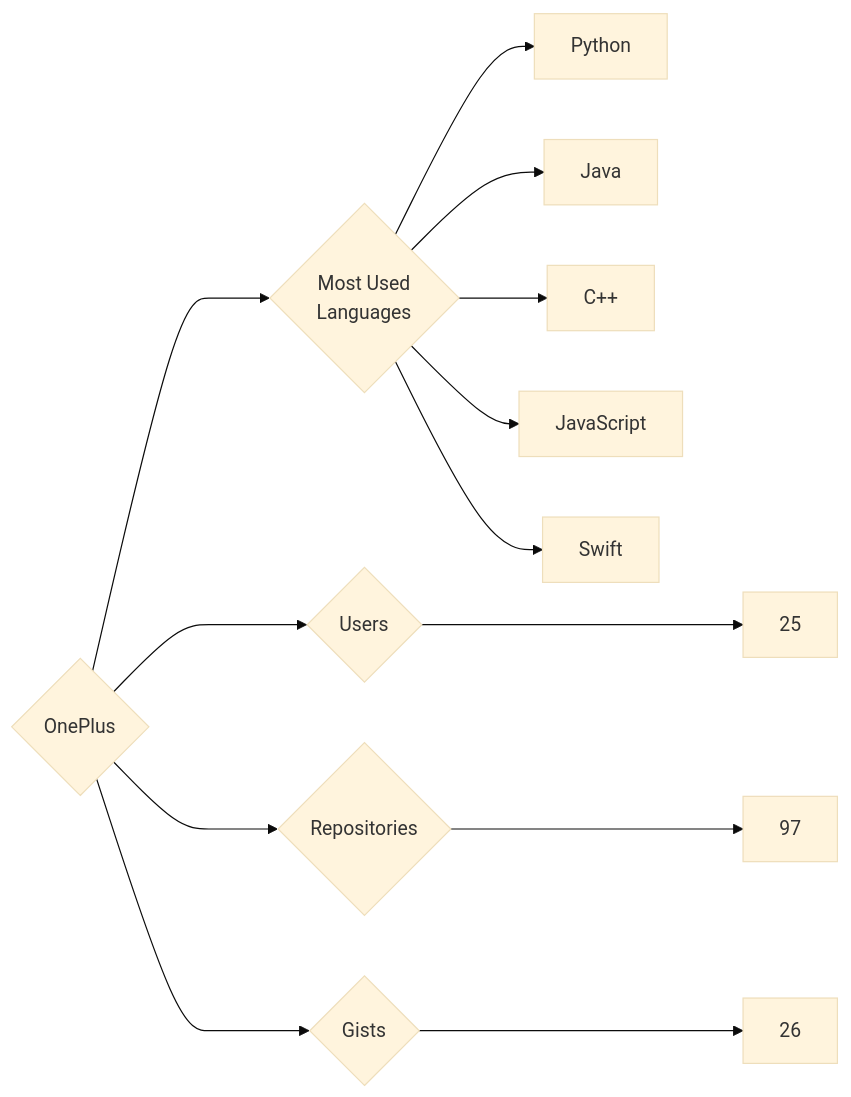
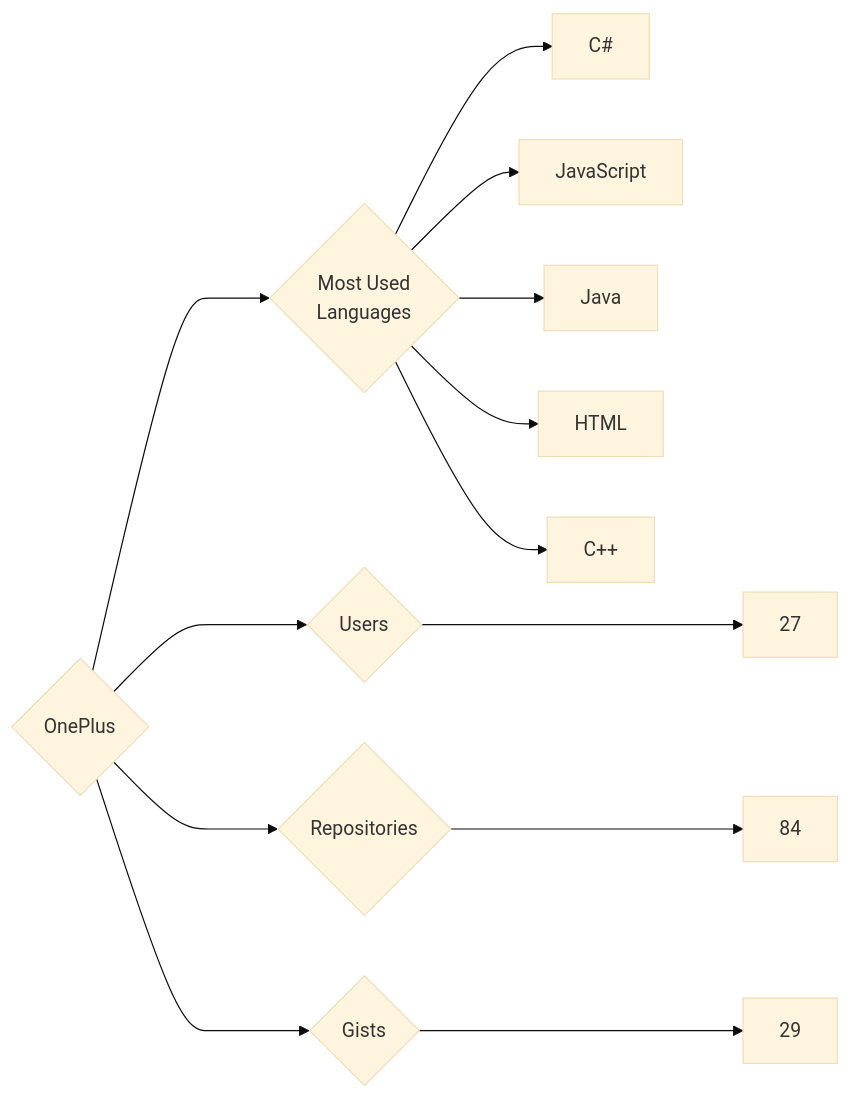
Before and after one commit to trickest/insiders: the diagram in targets/OnePlus/README.md, drawn with Mermaid (base theme). The commit also changed 953 other files, not shown here.

````diff
--- a/targets/OnePlus/README.md
+++ b/targets/OnePlus/README.md
@@ -3,13 +3,13 @@
 ```mermaid
 graph LR
 COMPANY_NAME{OnePlus}
-COMPANY_NAME ---> U{Users} ---> UN[25]
-COMPANY_NAME ---> R{Repositories} ---> RN[97]
-COMPANY_NAME ---> G{Gists} ---> GN[26]
+COMPANY_NAME ---> U{Users} ---> UN[27]
+COMPANY_NAME ---> R{Repositories} ---> RN[84]
+COMPANY_NAME ---> G{Gists} ---> GN[29]
 COMPANY_NAME ---> ML{Most Used<br>Languages}
-ML --> Python[Python]
+ML --> C#[C#]
+ML --> JavaScript[JavaScript]
 ML --> Java[Java]
+ML --> HTML[HTML]
 ML --> C++[C++]
-ML --> JavaScript[JavaScript]
-ML --> Swift[Swift]
 ```
````
